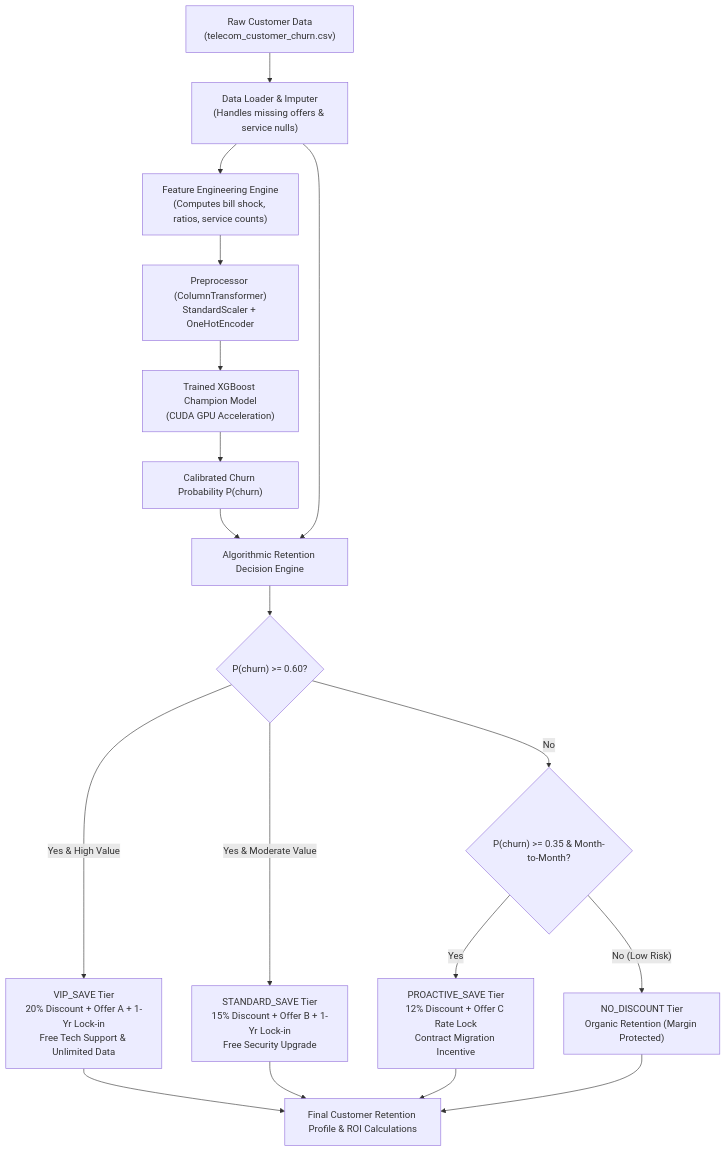
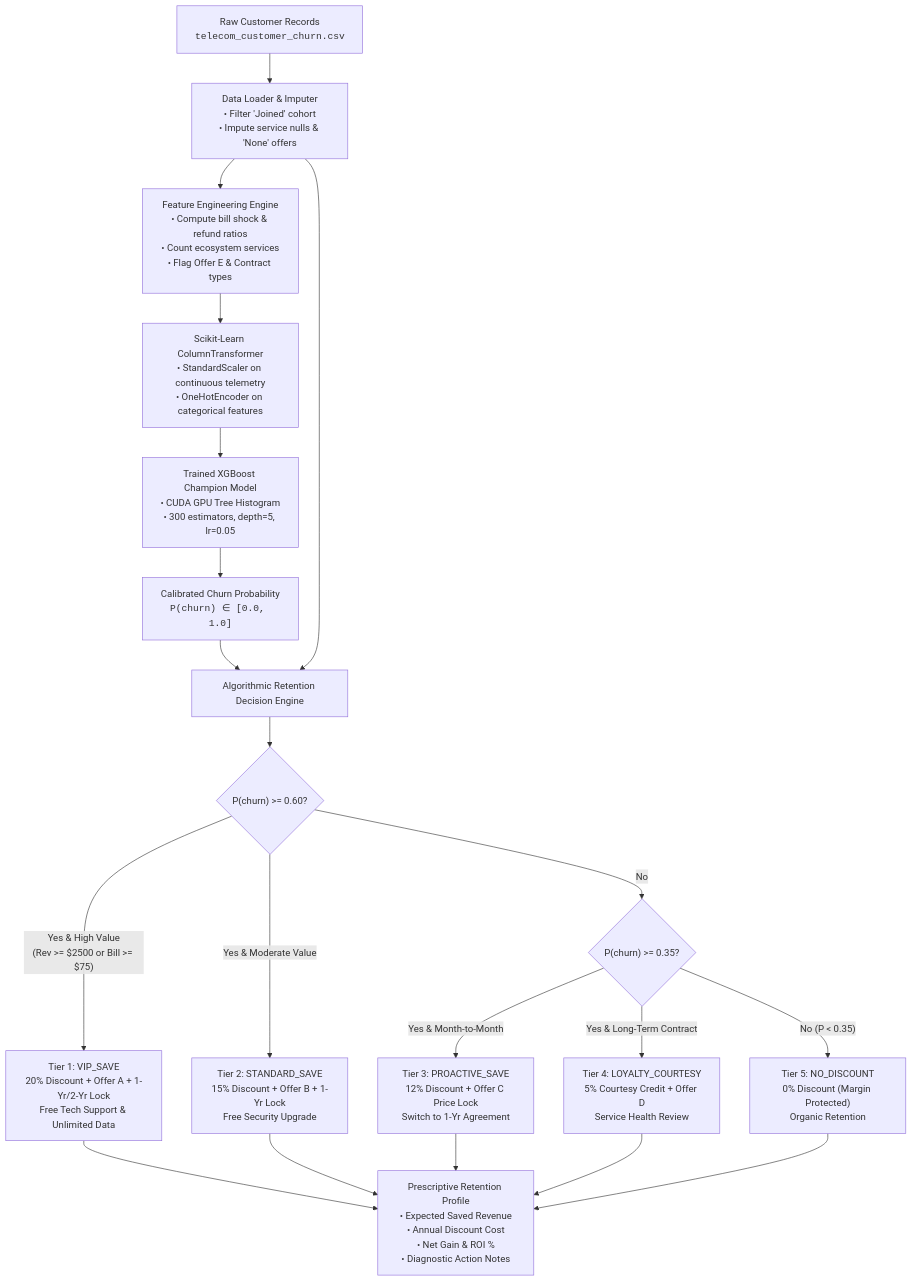
The first of 2 diagrams in customer_churn_prediction/TECHNICAL_REPORT.md (ItsSp00ky/LoopGain-Telecom-AI), drawn with Mermaid before and after one commit. The commit also changed other lines of this file and 1 other file, not shown here.

Commit message:
docs: expand technical report on value calculations and retention discount engine

````diff
--- a/customer_churn_prediction/TECHNICAL_REPORT.md
+++ b/customer_churn_prediction/TECHNICAL_REPORT.md
@@ -26,23 +47,30 @@
 ```mermaid
 flowchart TD
-    A["Raw Customer Data<br>(telecom_customer_churn.csv)"] --> B["Data Loader & Imputer<br>(Handles missing offers & service nulls)"]
-    B --> C["Feature Engineering Engine<br>(Computes bill shock, ratios, service counts)"]
-    C --> D["Preprocessor (ColumnTransformer)<br>StandardScaler + OneHotEncoder"]
-    D --> E["Trained XGBoost Champion Model<br>(CUDA GPU Acceleration)"]
-    E --> F["Calibrated Churn Probability P(churn)"]
+    A["Raw Customer Records<br><code>telecom_customer_churn.csv</code>"] --> B["Data Loader & Imputer<br>• Filter 'Joined' cohort<br>• Impute service nulls & 'None' offers"]
+    
+    B --> C["Feature Engineering Engine<br>• Compute bill shock & refund ratios<br>• Count ecosystem services<br>• Flag Offer E & Contract types"]
+    
+    C --> D["Scikit-Learn ColumnTransformer<br>• StandardScaler on continuous telemetry<br>• OneHotEncoder on categorical features"]
+    
+    D --> E["Trained XGBoost Champion Model<br>• CUDA GPU Tree Histogram<br>• 300 estimators, depth=5, lr=0.05"]
+    
+    E --> F["Calibrated Churn Probability<br><code>P(churn) ∈ [0.0, 1.0]</code>"]
     
     F --> G["Algorithmic Retention Decision Engine"]
     B --> G
     
     G --> H{"P(churn) >= 0.60?"}
-    H -- "Yes & High Value" --> I["VIP_SAVE Tier<br>20% Discount + Offer A + 1-Yr Lock-in<br>Free Tech Support & Unlimited Data"]
-    H -- "Yes & Moderate Value" --> J["STANDARD_SAVE Tier<br>15% Discount + Offer B + 1-Yr Lock-in<br>Free Security Upgrade"]
-    H -- "No" --> K{"P(churn) >= 0.35 & Month-to-Month?"}
-    K -- "Yes" --> L["PROACTIVE_SAVE Tier<br>12% Discount + Offer C Rate Lock<br>Contract Migration Incentive"]
-    K -- "No (Low Risk)" --> M["NO_DISCOUNT Tier<br>Organic Retention (Margin Protected)"]
+    H -- "Yes & High Value<br>(Rev >= $2500 or Bill >= $75)" --> I["Tier 1: VIP_SAVE<br>20% Discount + Offer A + 1-Yr/2-Yr Lock<br>Free Tech Support & Unlimited Data"]
+    H -- "Yes & Moderate Value" --> J["Tier 2: STANDARD_SAVE<br>15% Discount + Offer B + 1-Yr Lock<br>Free Security Upgrade"]
     
-    I --> N["Final Customer Retention Profile & ROI Calculations"]
-    J --> N
-    L --> N
-    M --> N
+    H -- "No" --> K{"P(churn) >= 0.35?"}
+    K -- "Yes & Month-to-Month" --> L["Tier 3: PROACTIVE_SAVE<br>12% Discount + Offer C Price Lock<br>Switch to 1-Yr Agreement"]
+    K -- "Yes & Long-Term Contract" --> M["Tier 4: LOYALTY_COURTESY<br>5% Courtesy Credit + Offer D<br>Service Health Review"]
+    K -- "No (P < 0.35)" --> N["Tier 5: NO_DISCOUNT<br>0% Discount (Margin Protected)<br>Organic Retention"]
+    
+    I --> O["Prescriptive Retention Profile<br>• Expected Saved Revenue<br>• Annual Discount Cost<br>• Net Gain & ROI %<br>• Diagnostic Action Notes"]
+    J --> O
+    L --> O
+    M --> O
+    N --> O
 ```
````
